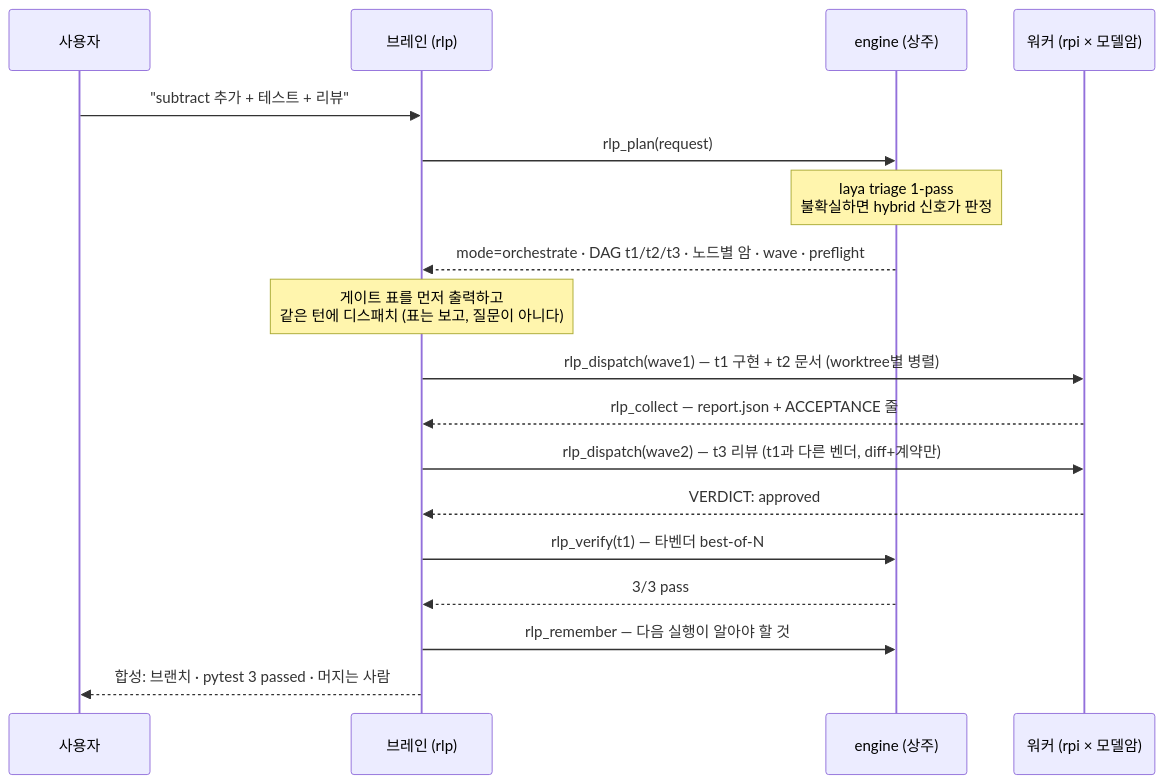
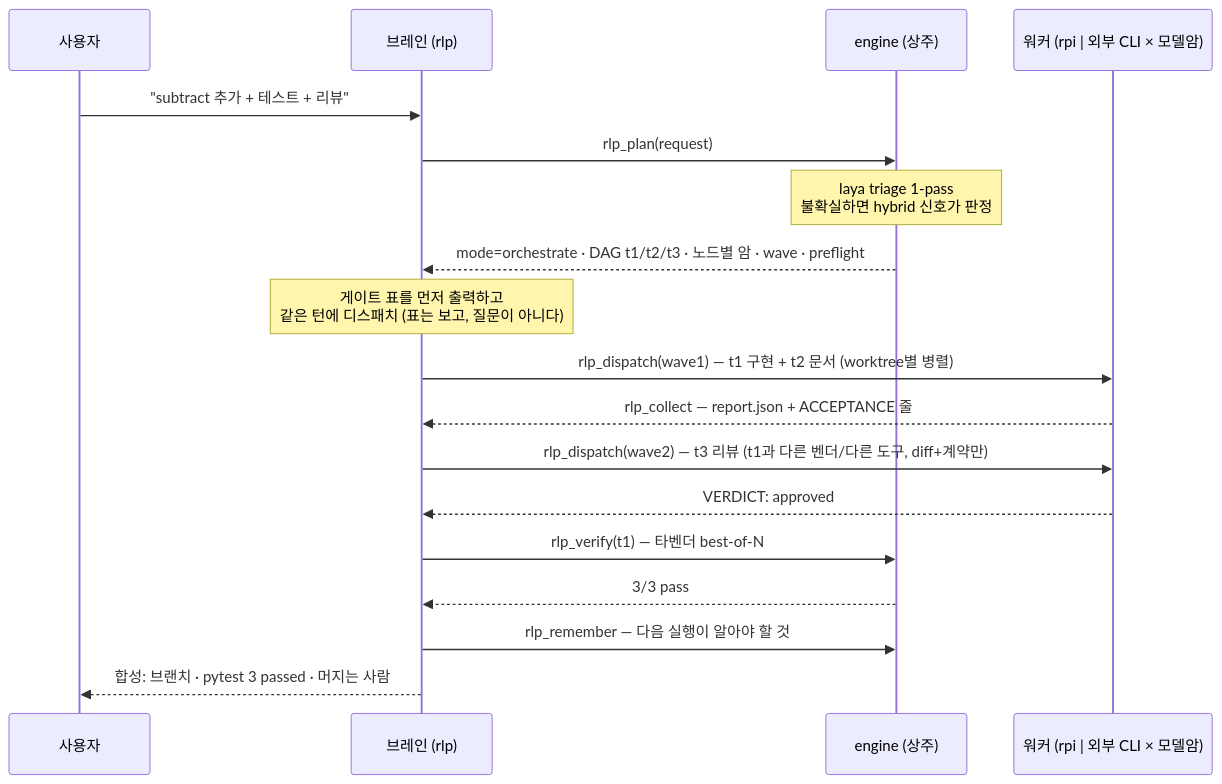
Before and after one commit to senghan1992/RLP: the second of 2 diagrams in docs/ARCHITECTURE.md, drawn with Mermaid. The commit also changed other lines of this file and 6 other files, not shown here.

````diff
--- a/docs/ARCHITECTURE.md
+++ b/docs/ARCHITECTURE.md
@@ -78,21 +80,21 @@
 ```mermaid
 sequenceDiagram
   participant U as 사용자
   participant B as 브레인 (rlp)
   participant E as engine (상주)
-  participant W as 워커 (rpi × 모델암)
+  participant W as 워커 (rpi | 외부 CLI × 모델암)
 
   U->>B: "subtract 추가 + 테스트 + 리뷰"
   B->>E: rlp_plan(request)
   Note over E: laya triage 1-pass<br/>불확실하면 hybrid 신호가 판정
   E-->>B: mode=orchestrate · DAG t1/t2/t3 · 노드별 암 · wave · preflight
   Note over B: 게이트 표를 먼저 출력하고<br/>같은 턴에 디스패치 (표는 보고, 질문이 아니다)
   B->>W: rlp_dispatch(wave1) — t1 구현 + t2 문서 (worktree별 병렬)
   W-->>B: rlp_collect — report.json + ACCEPTANCE 줄
-  B->>W: rlp_dispatch(wave2) — t3 리뷰 (t1과 다른 벤더, diff+계약만)
+  B->>W: rlp_dispatch(wave2) — t3 리뷰 (t1과 다른 벤더/다른 도구, diff+계약만)
   W-->>B: VERDICT: approved
   B->>E: rlp_verify(t1) — 타벤더 best-of-N
   E-->>B: 3/3 pass
   B->>E: rlp_remember — 다음 실행이 알아야 할 것
   B-->>U: 합성: 브랜치 · pytest 3 passed · 머지는 사람
 ```
````
